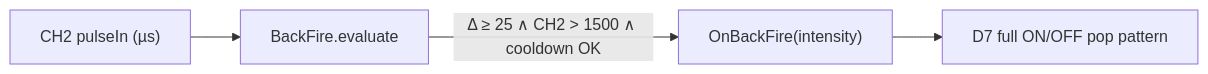
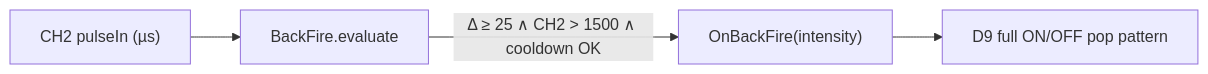
One commit to aurum86/rc_car_lights changed the diagram in doc/technical.md. Above: the diagram before and after it, drawn with Mermaid. The commit also changed other lines of this file and 1 other file, not shown here.

````diff
--- a/doc/technical.md
+++ b/doc/technical.md
@@ -127,8 +127,8 @@
 ```mermaid
 flowchart LR
   CH2["CH2 pulseIn (µs)"]
   BF["BackFire.evaluate"]
   CH2 --> BF
   BF -->|"Δ ≥ 25 ∧ CH2 > 1500 ∧ cooldown OK"| OF["OnBackFire(intensity)"]
-  OF --> LED["D7 full ON/OFF pop pattern"]
+  OF --> LED["D9 full ON/OFF pop pattern"]
 ```
````
